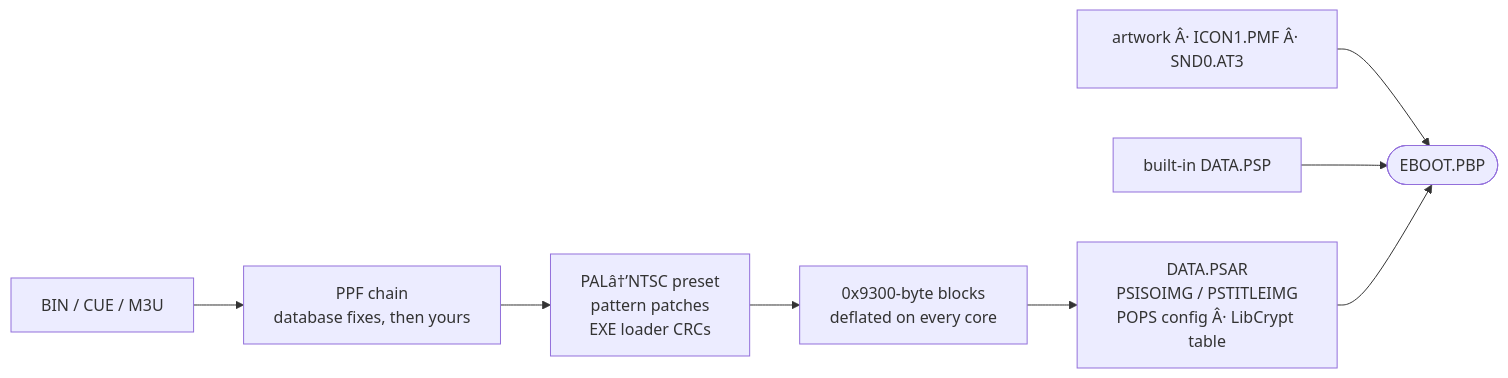
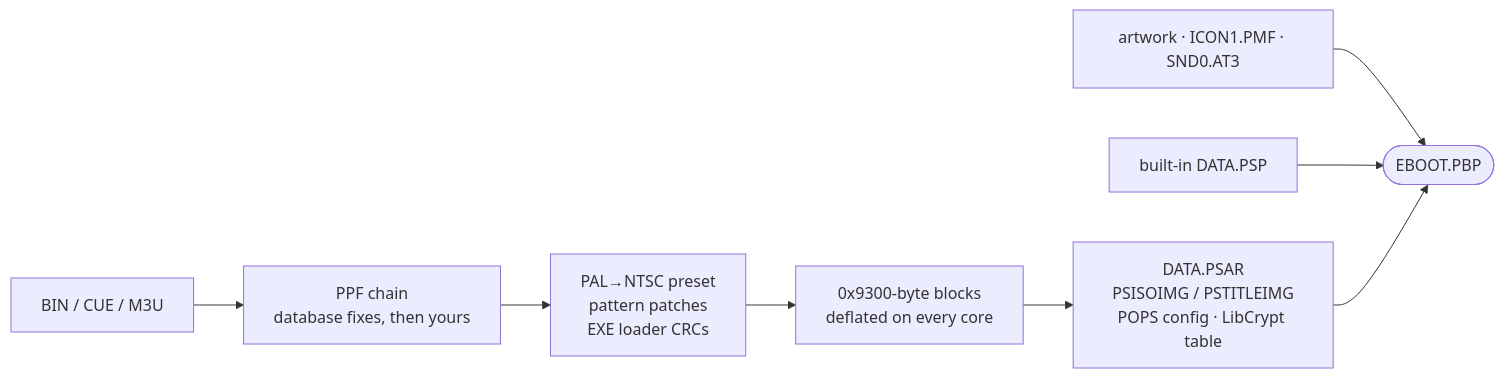
The second of 2 diagrams in README.md (hkmodd/PSX2PSP-Reborn), drawn with Mermaid before and after one commit. The commit also changed other lines of this file and 1 other file, not shown here.

````diff
--- a/README.md
+++ b/README.md
@@ -254,10 +254,10 @@
 ```mermaid
 flowchart LR
     CUE["BIN / CUE / M3U"] --> PPF["PPF chain<br/>database fixes, then yours"]
-    PPF --> PAT["PALâ†’NTSC preset<br/>pattern patches<br/>EXE loader CRCs"]
+    PPF --> PAT["PAL→NTSC preset<br/>pattern patches<br/>EXE loader CRCs"]
     PAT --> BLK["0x9300-byte blocks<br/>deflated on every core"]
-    BLK --> PSAR["DATA.PSAR<br/>PSISOIMG / PSTITLEIMG<br/>POPS config Â· LibCrypt table"]
-    ART["artwork Â· ICON1.PMF Â· SND0.AT3"] --> PBP
+    BLK --> PSAR["DATA.PSAR<br/>PSISOIMG / PSTITLEIMG<br/>POPS config · LibCrypt table"]
+    ART["artwork · ICON1.PMF · SND0.AT3"] --> PBP
     DON["built-in DATA.PSP"] --> PBP
     PSAR --> PBP(["EBOOT.PBP"])
 ```
````
